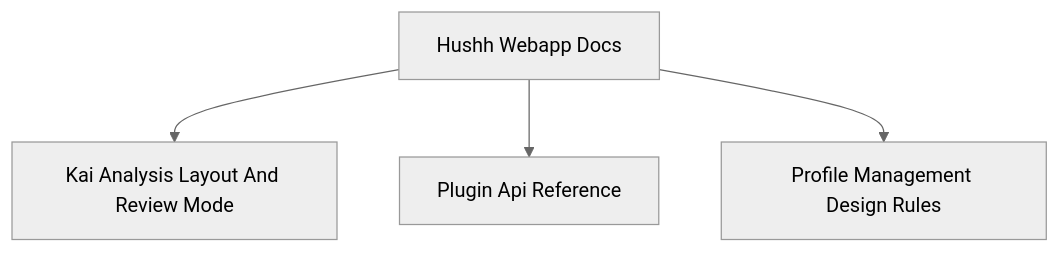
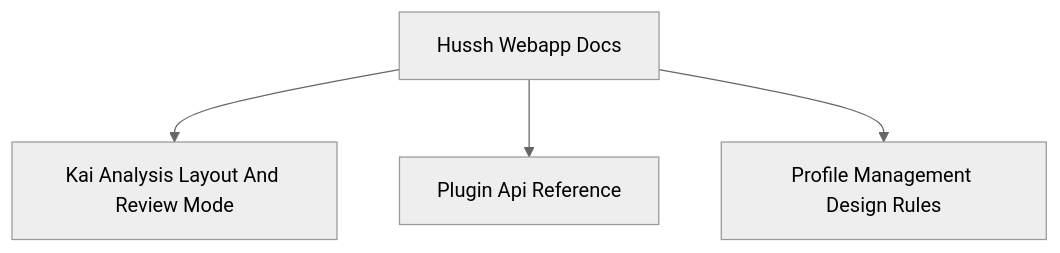
One commit to hushh-labs/hushh-research changed the diagram in hushh-webapp/docs/README.md. Above: the diagram before and after it, drawn with Mermaid (neutral theme). The commit also changed other lines of this file and 171 other files, not shown here.

````diff
--- a/hushh-webapp/docs/README.md
+++ b/hushh-webapp/docs/README.md
@@ -6,10 +6,10 @@
 ```mermaid
 flowchart TD
-  root["Hushh Webapp Docs"]
+  root["Hussh Webapp Docs"]
   n1["Kai Analysis Layout And Review Mode"]
   root --> n1
   n2["Plugin Api Reference"]
   root --> n2
   n3["Profile Management Design Rules"]
   root --> n3
 ```
````
